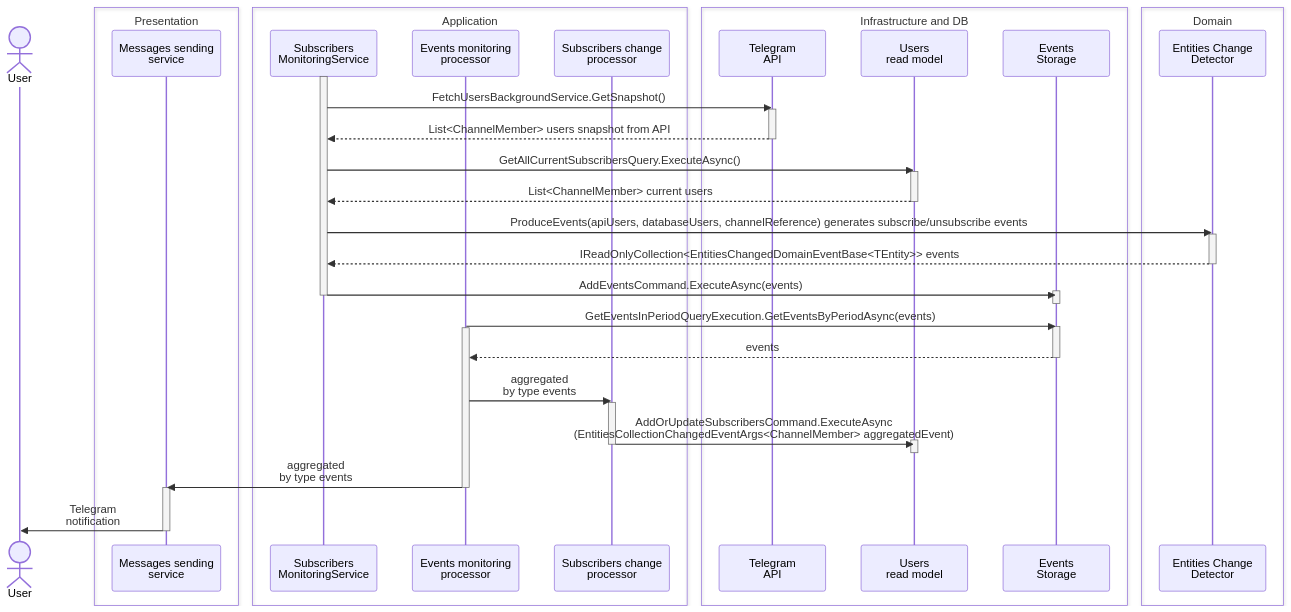
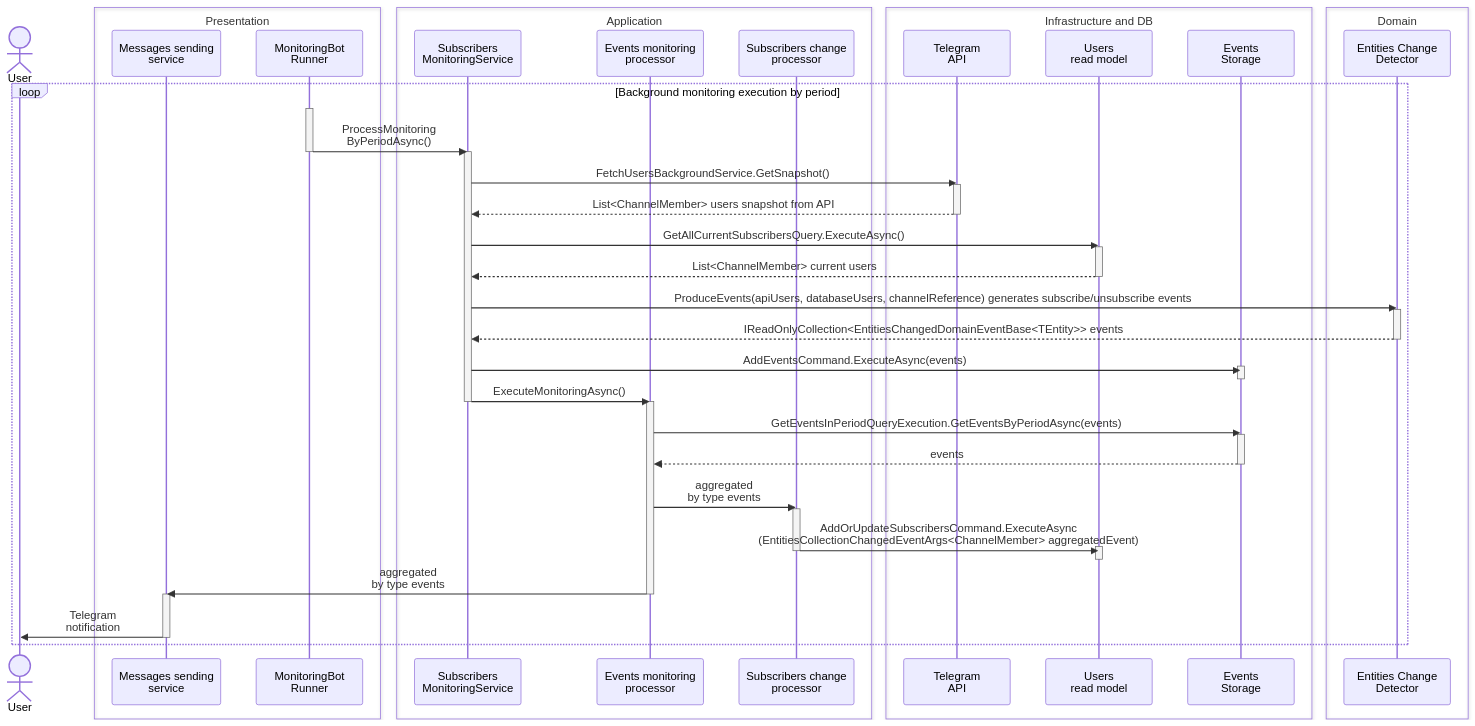
The diagram in readme.md (paraglideralex/tg-channel-monitoring), drawn with Mermaid before and after one commit. The commit also changed other lines of this file, not shown here.

````diff
--- a/readme.md
+++ b/readme.md
@@ -5,71 +31,123 @@
 ```mermaid
+
 sequenceDiagram
-	actor User
+actor User
 
-	box Presentation 
-    
-    participant MessagesSendingService as Messages sending<br>service
+  
+
+box Presentation
+
+participant MessagesSendingService as Messages sending<br>service
+	participant MonitoringBotRunner as MonitoringBot<br>Runner
+end
+
+  
+
+    box Application
+
+participant SubscribersMonitoringService as Subscribers<br>MonitoringService
+
+    participant EventsMonitoringProcessor as Events monitoring<br>processor
+
+    participant SubscribersChangeProcessor as Subscribers change<br>processor
+
     end
 
-	box Application
-	   participant SubscribersMonitoringService as Subscribers<br>MonitoringService
-    participant EventsMonitoringProcessor as Events monitoring<br>processor
-    participant SubscribersChangeProcessor as Subscribers change<br>processor
-    end
-    
-	box Infrastructure and DB
+    box Infrastructure and DB
+
     participant TgApi as Telegram<br>API
+
     participant UsersReadModel as Users<br>read model
+
     participant EventsStorage as Events<br>Storage
+
     end
 
-	box Domain
-	participant ChangeDetector as Entities Change<br>Detector
-	end
   
 
+    box Domain
+
+    participant ChangeDetector as Entities Change<br>Detector
+
+    end
+loop Background monitoring execution by period
+  activate MonitoringBotRunner
+MonitoringBotRunner ->> SubscribersMonitoringService: ProcessMonitoring<br>ByPeriodAsync()
+deactivate MonitoringBotRunner
     activate SubscribersMonitoringService
 
-	    SubscribersMonitoringService->>TgApi: FetchUsersBackgroundService.GetSnapshot()
-	    activate TgApi
-		TgApi -->> SubscribersMonitoringService: List<ChannelMember> users snapshot from API
-		deactivate TgApi
+  
 	
-	    SubscribersMonitoringService->>UsersReadModel: GetAllCurrentSubscribersQuery.ExecuteAsync()
-	    activate UsersReadModel
-	    UsersReadModel-->>SubscribersMonitoringService: List<ChannelMember> current users
-	    deactivate UsersReadModel
-	
-		SubscribersMonitoringService ->> ChangeDetector: ProduceEvents(apiUsers, databaseUsers, channelReference) generates subscribe/unsubscribe events
-		activate ChangeDetector
-		ChangeDetector -->> SubscribersMonitoringService: IReadOnlyCollection<EntitiesChangedDomainEventBase<TEntity>> events
-		deactivate ChangeDetector
-	
-		SubscribersMonitoringService ->> EventsStorage: AddEventsCommand.ExecuteAsync(events)
-	deactivate SubscribersMonitoringService
-		activate EventsStorage
-		deactivate EventsStorage
-		EventsMonitoringProcessor ->> EventsStorage: GetEventsInPeriodQueryExecution.GetEventsByPeriodAsync(events)
-		activate EventsStorage
+        SubscribersMonitoringService->>TgApi: FetchUsersBackgroundService.GetSnapshot()
 
-		activate EventsMonitoringProcessor
-		EventsStorage -->> EventsMonitoringProcessor: events
-		deactivate EventsStorage
-	
-		EventsMonitoringProcessor ->> SubscribersChangeProcessor: aggregated<br/>by type events
-		activate SubscribersChangeProcessor
-		SubscribersChangeProcessor ->> UsersReadModel: AddOrUpdateSubscribersCommand.ExecuteAsync<br/>(EntitiesCollectionChangedEventArgs<ChannelMember> aggregatedEvent)
-		activate UsersReadModel
-		deactivate UsersReadModel
-		deactivate SubscribersChangeProcessor
-	
-		EventsMonitoringProcessor ->> MessagesSendingService: aggregated<br/>by type events
-		deactivate EventsMonitoringProcessor
-		activate MessagesSendingService
-		MessagesSendingService ->> User: Telegram<br/>notification
-		deactivate MessagesSendingService
+        activate TgApi
 
-		
-	
+        TgApi -->> SubscribersMonitoringService: List<ChannelMember> users snapshot from API
 
+        deactivate TgApi
+
+        SubscribersMonitoringService->>UsersReadModel: GetAllCurrentSubscribersQuery.ExecuteAsync()
+
+        activate UsersReadModel
+
+        UsersReadModel-->>SubscribersMonitoringService: List<ChannelMember> current users
+
+        deactivate UsersReadModel
+
+        SubscribersMonitoringService ->> ChangeDetector: ProduceEvents(apiUsers, databaseUsers, channelReference) generates subscribe/unsubscribe events
+
+        activate ChangeDetector
+
+        ChangeDetector -->> SubscribersMonitoringService: IReadOnlyCollection<EntitiesChangedDomainEventBase<TEntity>> events
+
+        deactivate ChangeDetector
+
+        SubscribersMonitoringService ->> EventsStorage: AddEventsCommand.ExecuteAsync(events)
+
+    
+
+        activate EventsStorage
+
+        deactivate EventsStorage
+        
+       SubscribersMonitoringService ->> EventsMonitoringProcessor: ExecuteMonitoringAsync()
+       
+       deactivate SubscribersMonitoringService
+activate EventsMonitoringProcessor
+        EventsMonitoringProcessor ->> EventsStorage: GetEventsInPeriodQueryExecution.GetEventsByPeriodAsync(events)
+
+        activate EventsStorage
+
+  
+
+        
+
+        EventsStorage -->> EventsMonitoringProcessor: events
+
+        deactivate EventsStorage
+
+        EventsMonitoringProcessor ->> SubscribersChangeProcessor: aggregated<br/>by type events
+
+        activate SubscribersChangeProcessor
+
+        SubscribersChangeProcessor ->> UsersReadModel: AddOrUpdateSubscribersCommand.ExecuteAsync<br/>(EntitiesCollectionChangedEventArgs<ChannelMember> aggregatedEvent)
+
+        activate UsersReadModel
+
+        deactivate UsersReadModel
+
+        deactivate SubscribersChangeProcessor
+        
+
+        EventsMonitoringProcessor ->> MessagesSendingService: aggregated<br/>by type events
+
+        deactivate EventsMonitoringProcessor
+
+        activate MessagesSendingService
+
+        MessagesSendingService ->> User: Telegram<br/>notification
+
+        deactivate MessagesSendingService
+        
+end
 ```
````
